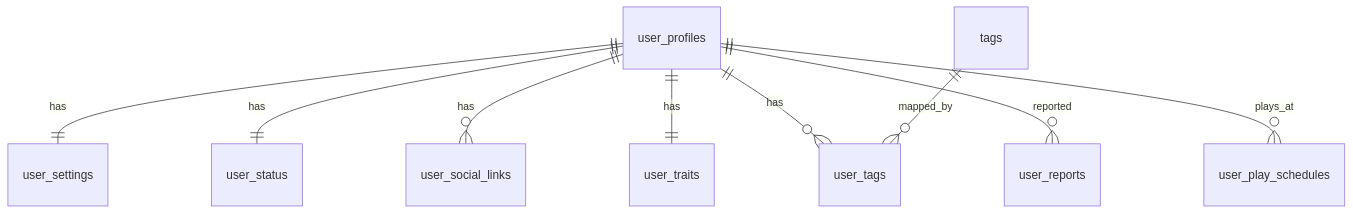
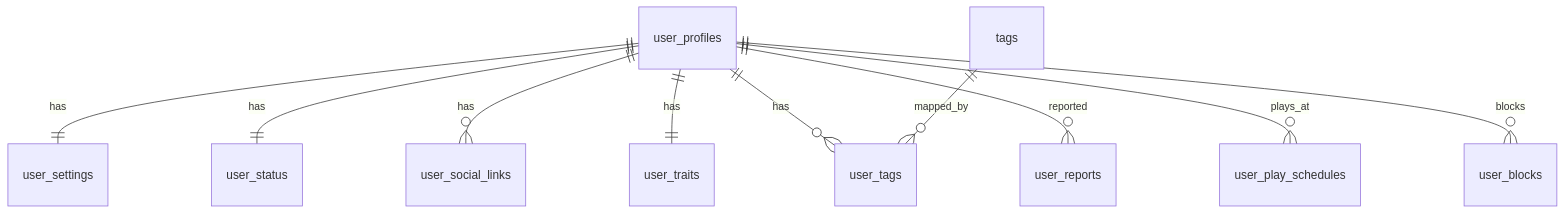
The first of 7 diagrams in docs/database/02-domain-erd.md (szeunkk/ReadyGo), drawn with Mermaid before and after one commit. The commit also changed other lines of this file and 4 other files, not shown here.

````diff
--- a/docs/database/02-domain-erd.md
+++ b/docs/database/02-domain-erd.md
@@ -20,11 +20,12 @@
 ```mermaid
 erDiagram
   user_profiles ||--|| user_settings : has
   user_profiles ||--|| user_status : has
   user_profiles ||--o{ user_social_links : has
   user_profiles ||--|| user_traits : has
   user_profiles ||--o{ user_tags : has
   tags ||--o{ user_tags : mapped_by
   user_profiles ||--o{ user_reports : reported
   user_profiles ||--o{ user_play_schedules : plays_at
+  user_profiles ||--o{ user_blocks : blocks
 ```
````
